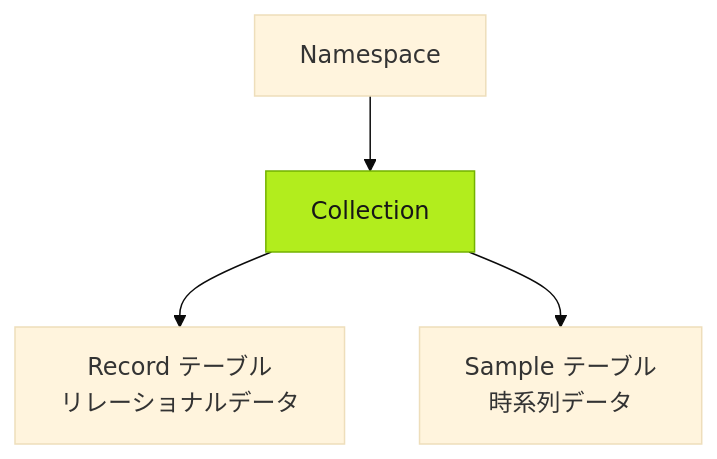
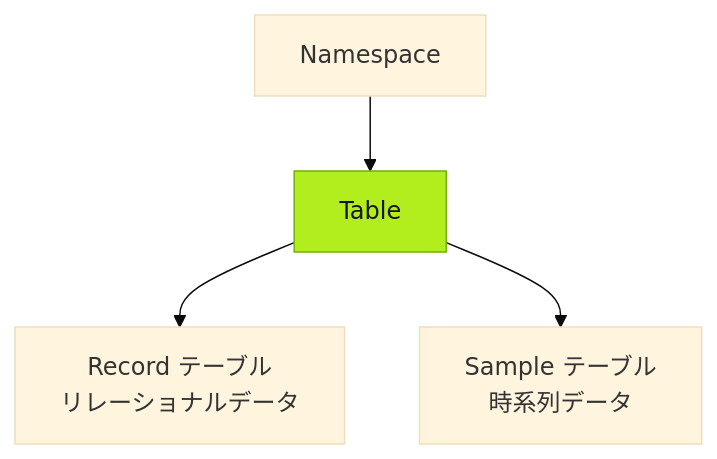
One commit to FREEZONEX/Tier0-docs-site changed the first of 3 diagrams in src/content/docs/ja/using-tier0/preparing-data-foundation.mdx. Above: the diagram before and after it, drawn with Mermaid (base theme). The commit also changed other lines of this file and 24 other files, not shown here.

````diff
--- a/src/content/docs/ja/using-tier0/preparing-data-foundation.mdx
+++ b/src/content/docs/ja/using-tier0/preparing-data-foundation.mdx
@@ -29,8 +29,8 @@
 ```mermaid
 flowchart TB
-  namespace["Namespace"] --> collection["Collection"]
-  collection --> record["Record テーブル<br/>リレーショナルデータ"]
-  collection --> sample["Sample テーブル<br/>時系列データ"]
+  namespace["Namespace"] --> table["Table"]
+  table --> record["Record テーブル<br/>リレーショナルデータ"]
+  table --> sample["Sample テーブル<br/>時系列データ"]
   classDef t0accent fill:#B2ED1D,stroke:#73B200,color:#171717
-  class collection t0accent
+  class table t0accent
 ```
````
